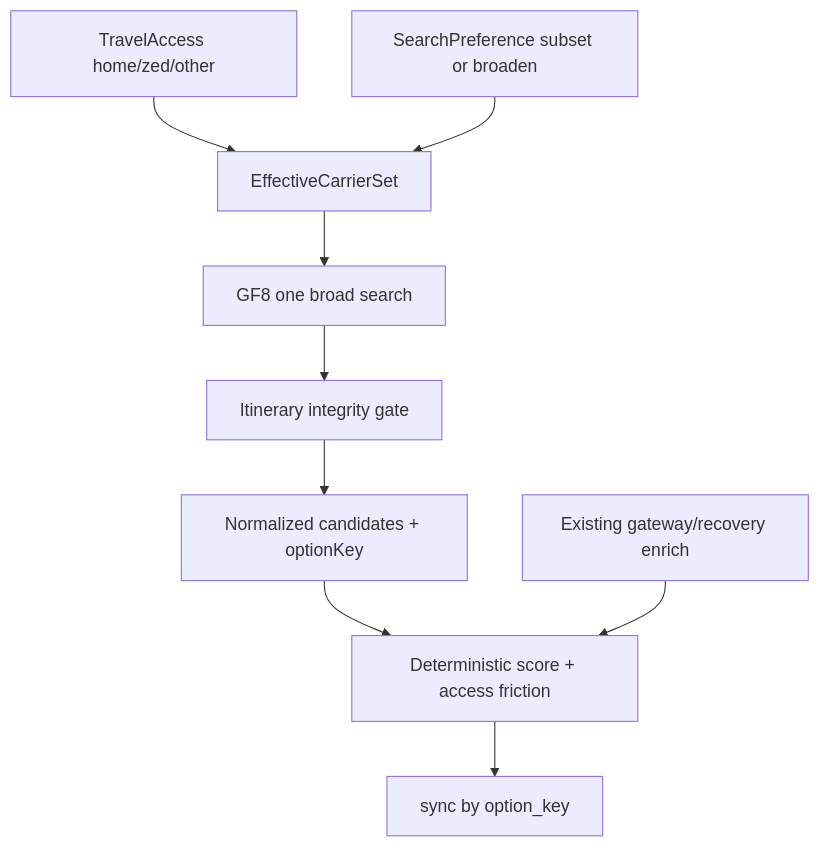
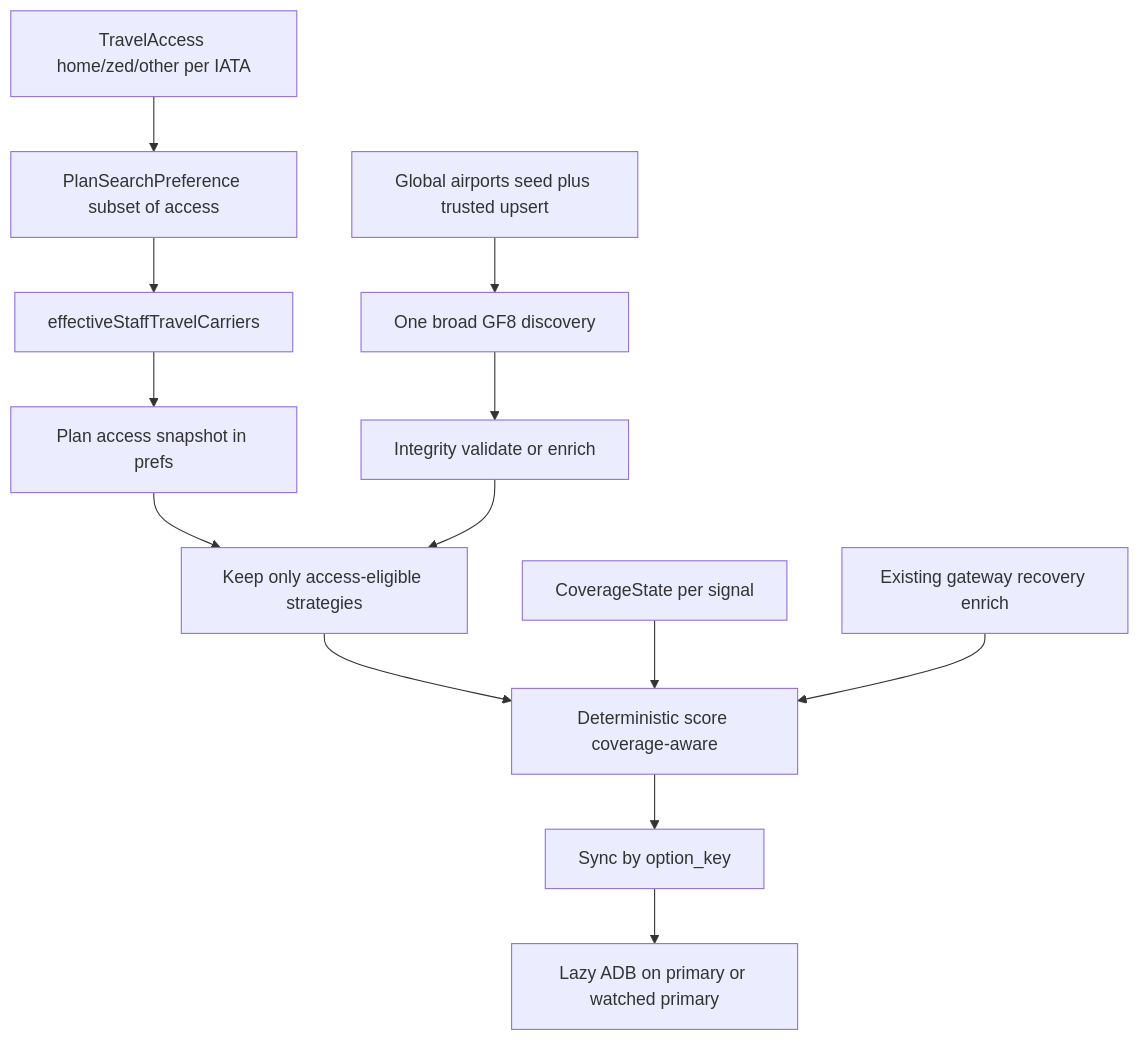
One commit to javonrice/standbye changed the diagram in docs/access-aware-plan-engine.md. Above: the diagram before and after it, drawn with Mermaid. The commit also changed other lines of this file, not shown here.

First line of the commit message:
Revise access-aware Plan engine plan to V2

````diff
--- a/docs/access-aware-plan-engine.md
+++ b/docs/access-aware-plan-engine.md
@@ -5,20 +32,28 @@
 ```mermaid
 flowchart TD
-  profile[TravelAccess home/zed/other]
-  prefs[SearchPreference subset or broaden]
-  effective[EffectiveCarrierSet]
-  gf8[GF8 one broad search]
-  validate[Itinerary integrity gate]
-  candidates[Normalized candidates + optionKey]
-  score[Deterministic score + access friction]
-  gateways[Existing gateway/recovery enrich]
-  sync[sync by option_key]
-  profile --> effective
-  prefs --> effective
-  effective --> gf8
+  profile[TravelAccess home/zed/other per IATA]
+  planPref[PlanSearchPreference subset of access]
+  snapshot[Plan access snapshot in prefs]
+  effective[effectiveStaffTravelCarriers]
+  airports[Global airports seed plus trusted upsert]
+  gf8[One broad GF8 discovery]
+  validate[Integrity validate or enrich]
+  filter[Keep only access-eligible strategies]
+  score[Deterministic score coverage-aware]
+  gateways[Existing gateway recovery enrich]
+  sync[Sync by option_key]
+  lazyAdb[Lazy ADB on primary or watched primary]
+  coverage[CoverageState per signal]
+  profile --> planPref
+  planPref --> effective
+  effective --> snapshot
+  snapshot --> filter
+  airports --> gf8
   gf8 --> validate
-  validate --> candidates
-  candidates --> score
+  validate --> filter
+  filter --> score
+  coverage --> score
   gateways --> score
   score --> sync
+  sync --> lazyAdb
 ```
````
